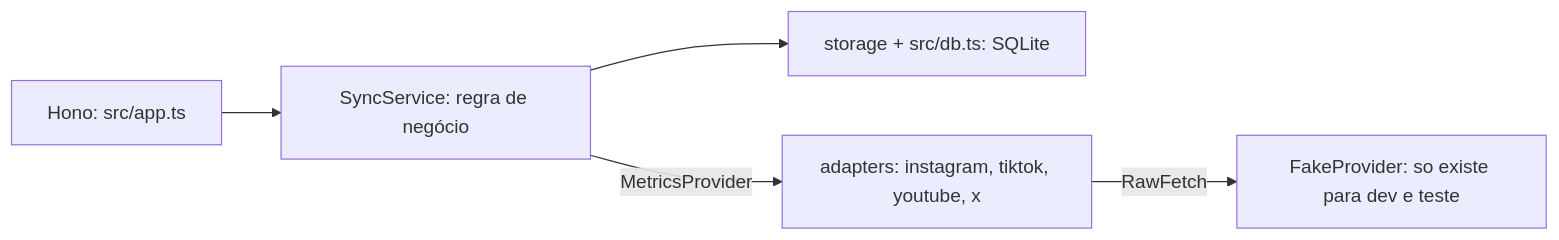
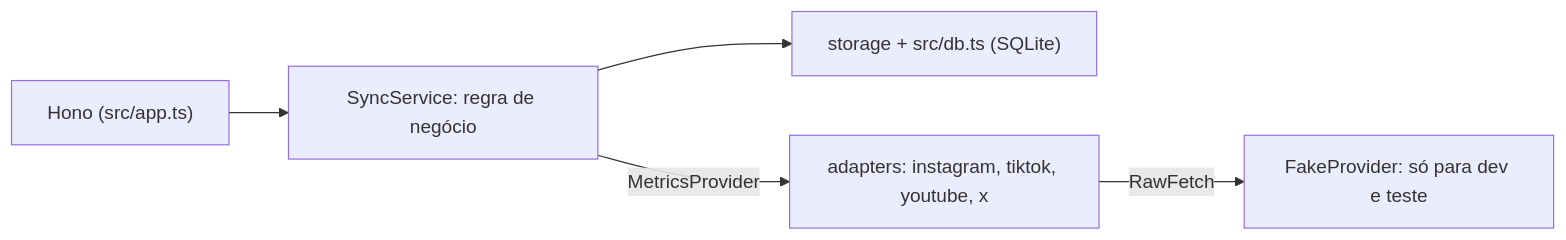
The diagram in README.md (theylor999/conty-challenge-metrics-sync), drawn with Mermaid before and after one commit.

Commit message:
docs: quote mermaid labels

````diff
--- a/README.md
+++ b/README.md
@@ -22,7 +22,7 @@
 ```mermaid
 flowchart LR
-  HTTP[Hono: src/app.ts] --> SVC[SyncService: regra de negócio]
-  SVC --> REPO[storage + src/db.ts: SQLite]
-  SVC -->|MetricsProvider| AD[adapters: instagram, tiktok, youtube, x]
-  AD -->|RawFetch| FAKE[FakeProvider: so existe para dev e teste]
+  HTTP["Hono (src/app.ts)"] --> SVC["SyncService: regra de negócio"]
+  SVC --> REPO["storage + src/db.ts (SQLite)"]
+  SVC -->|MetricsProvider| AD["adapters: instagram, tiktok, youtube, x"]
+  AD -->|RawFetch| FAKE["FakeProvider: só para dev e teste"]
 ```
````
